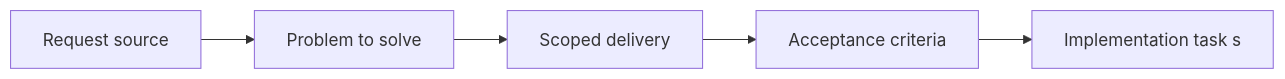
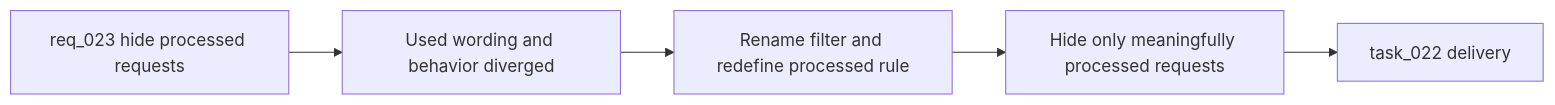
The diagram in logics/backlog/item_028_replace_hide_used_requests_with_hide_processed_requests_semantics.md (AlexAgo83/logics-manager), drawn with Mermaid before and after one commit. The commit also changed other lines of this file and 48 other files, not shown here.

````diff
--- a/logics/backlog/item_028_replace_hide_used_requests_with_hide_processed_requests_semantics.md
+++ b/logics/backlog/item_028_replace_hide_used_requests_with_hide_processed_requests_semantics.md
@@ -18,8 +27,8 @@
 ```mermaid
-%% logics-signature: backlog|replace-hide-used-requests-with-hide-pro|req-023-replace-hide-used-requests-with-|describe-the-problem-and-user-impact|ac1-define-an-objective-acceptance-check
+%% logics-signature: backlog|replace-hide-used-requests-with-hide-pro|req-023-replace-hide-used-requests-with-|the-plugin-used-a-technical-hide|ac1-the-plugin-no-longer-exposes
 flowchart LR
-    Req[Request source] --> Problem[Problem to solve]
-    Problem --> Scope[Scoped delivery]
-    Scope --> AC[Acceptance criteria]
-    AC --> Tasks[Implementation task s]
+    Req[req_023 hide processed requests] --> Problem[Used wording and behavior diverged]
+    Problem --> Scope[Rename filter and redefine processed rule]
+    Scope --> AC[Hide only meaningfully processed requests]
+    AC --> Tasks[task_022 delivery]
 ```
````
